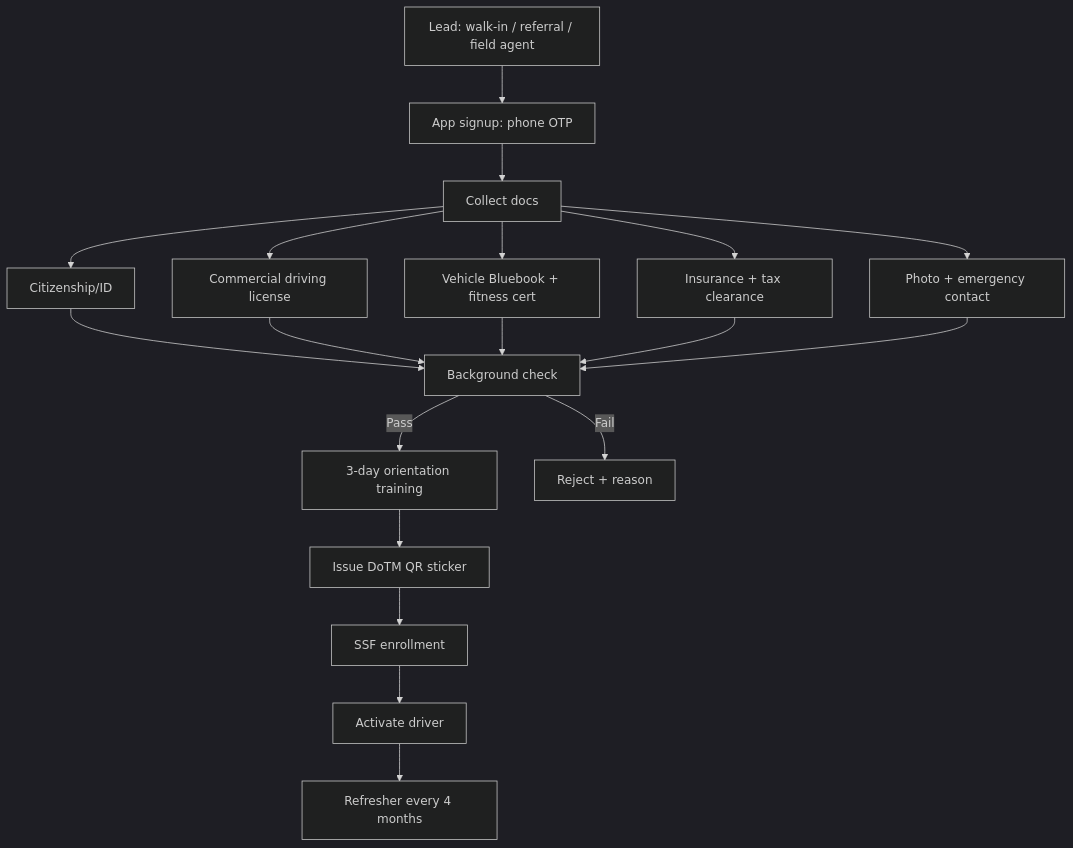
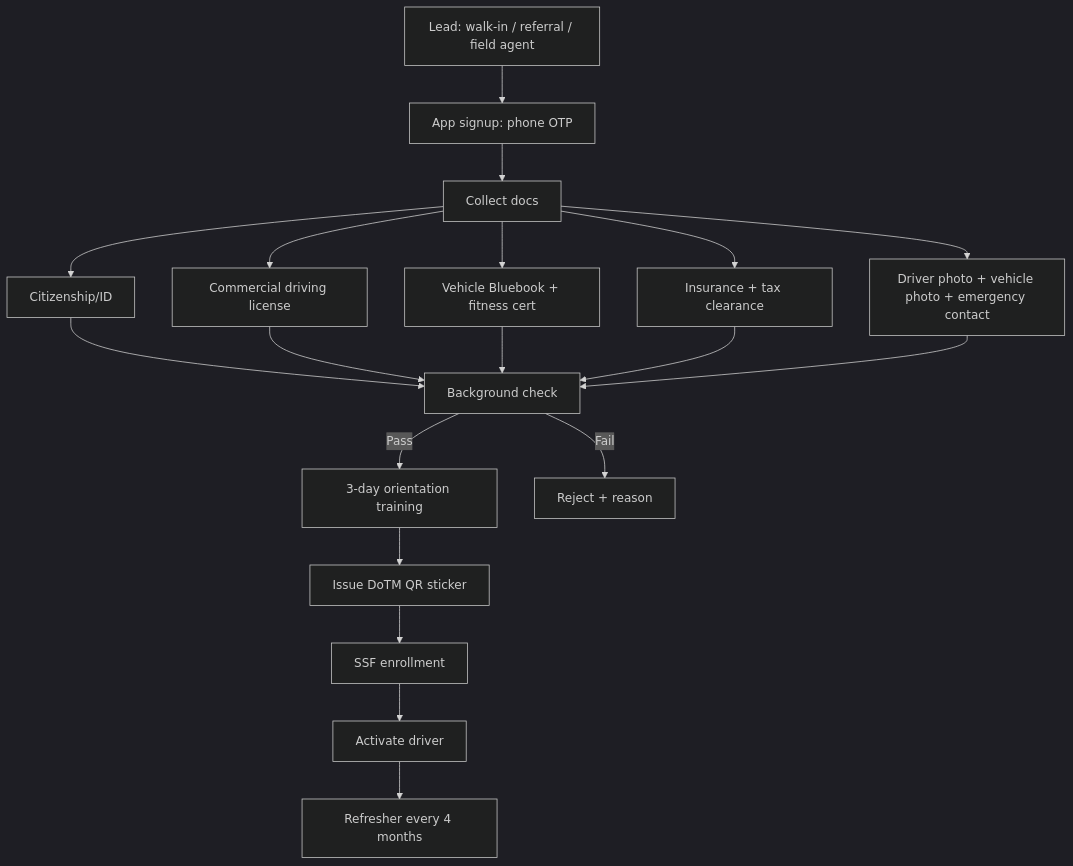
Before and after one commit to debendraoli/saarathi: the first of 3 diagrams in docs/research/04-operational-procedures.md, drawn with Mermaid (dark theme). The commit also changed 11 other files, not shown here.

Commit message:
docs: plan delivery, notifications, referrals, driver analytics, trust/safety/SOS; add vehicle_photo KYC doc kind

````diff
--- a/docs/research/04-operational-procedures.md
+++ b/docs/research/04-operational-procedures.md
@@ -11,17 +11,17 @@
 ```mermaid
 flowchart TD
     A[Lead: walk-in / referral / field agent] --> B[App signup: phone OTP]
     B --> C[Collect docs]
     C --> C1[Citizenship/ID]
     C --> C2[Commercial driving license]
     C --> C3[Vehicle Bluebook + fitness cert]
     C --> C4[Insurance + tax clearance]
-    C --> C5[Photo + emergency contact]
+    C --> C5[Driver photo + vehicle photo + emergency contact]
     C1 & C2 & C3 & C4 & C5 --> D[Background check]
     D -->|Pass| E[3-day orientation training]
     D -->|Fail| X[Reject + reason]
     E --> F[Issue DoTM QR sticker]
     F --> G[SSF enrollment]
     G --> H[Activate driver]
     H --> I[Refresher every 4 months]
 ```
````
